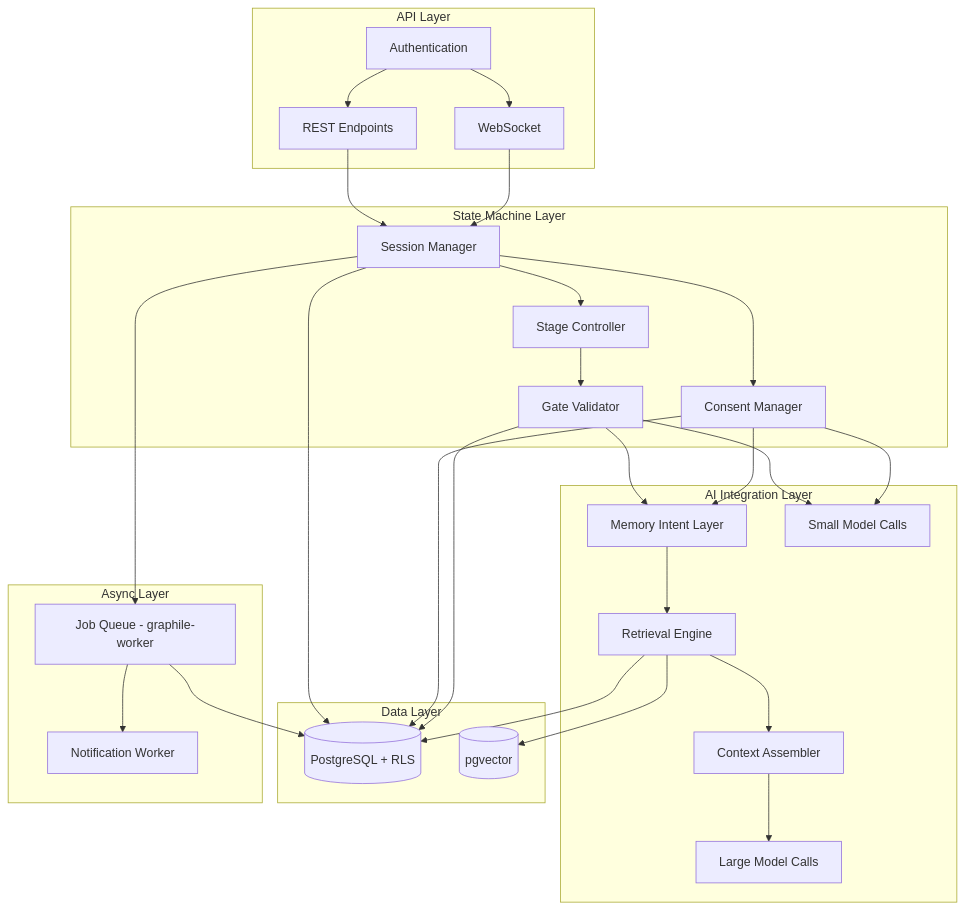
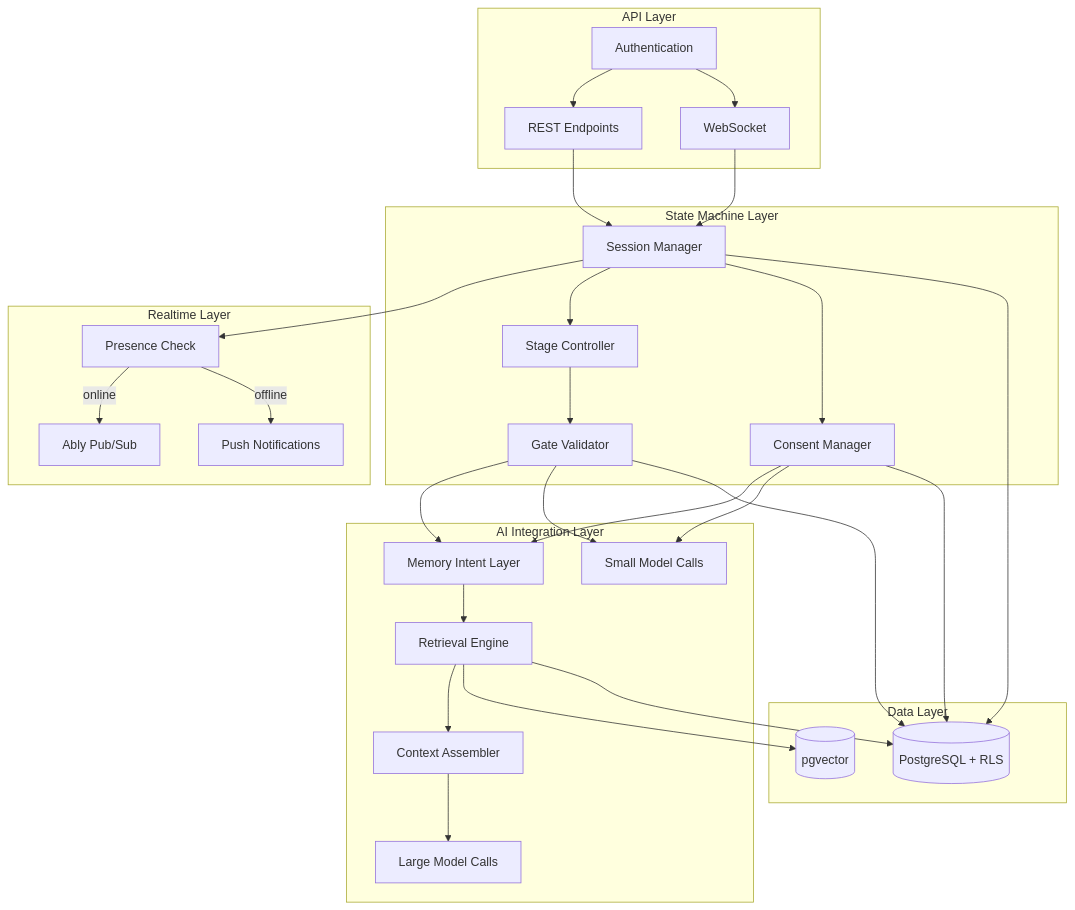
Before and after one commit to shantamg/listen-well: the first of 3 diagrams in docs/mvp-planning/plans/backend/overview/architecture.md, drawn with Mermaid. The commit also changed other lines of this file and 1 other file, not shown here.

First line of the commit message:
Simplify backend to Ably presence + push instead of job queue

````diff
--- a/docs/mvp-planning/plans/backend/overview/architecture.md
+++ b/docs/mvp-planning/plans/backend/overview/architecture.md
@@ -20,61 +20,62 @@
 ```mermaid
 flowchart TB
     subgraph "API Layer"
         REST[REST Endpoints]
         WS[WebSocket]
         AUTH[Authentication]
     end
 
     subgraph "State Machine Layer"
         SESSION[Session Manager]
         STAGE[Stage Controller]
         GATE[Gate Validator]
         CONSENT[Consent Manager]
     end
 
     subgraph "AI Integration Layer"
         INTENT[Memory Intent Layer]
         RETRIEVAL[Retrieval Engine]
         CONTEXT[Context Assembler]
         SMALL[Small Model Calls]
         LARGE[Large Model Calls]
     end
 
     subgraph "Data Layer"
         SQL[(PostgreSQL + RLS)]
         VEC[(pgvector)]
     end
 
-    subgraph "Async Layer"
-        QUEUE[Job Queue - graphile-worker]
-        NOTIFY[Notification Worker]
+    subgraph "Realtime Layer"
+        ABLY[Ably Pub/Sub]
+        PUSH[Push Notifications]
+        PRESENCE[Presence Check]
     end
 
     REST --> SESSION
     WS --> SESSION
     AUTH --> REST
     AUTH --> WS
 
-    SESSION --> QUEUE
-    QUEUE --> NOTIFY
-    QUEUE --> SQL
+    SESSION --> PRESENCE
+    PRESENCE -->|online| ABLY
+    PRESENCE -->|offline| PUSH
 
     SESSION --> STAGE
     STAGE --> GATE
     SESSION --> CONSENT
 
     GATE --> INTENT
     CONSENT --> INTENT
     INTENT --> RETRIEVAL
     RETRIEVAL --> CONTEXT
     CONTEXT --> LARGE
 
     GATE --> SMALL
     CONSENT --> SMALL
 
     SESSION --> SQL
     CONSENT --> SQL
     GATE --> SQL
     RETRIEVAL --> VEC
     RETRIEVAL --> SQL
 ```
````
